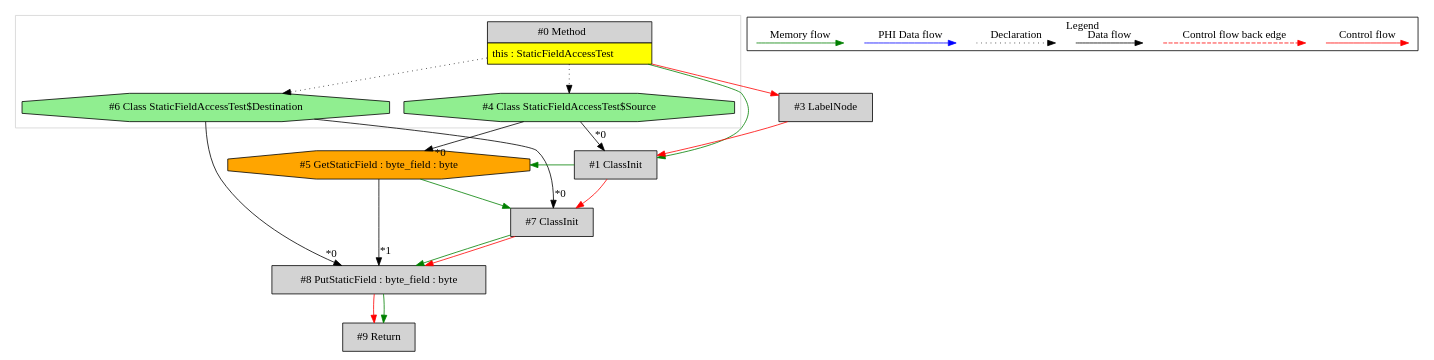
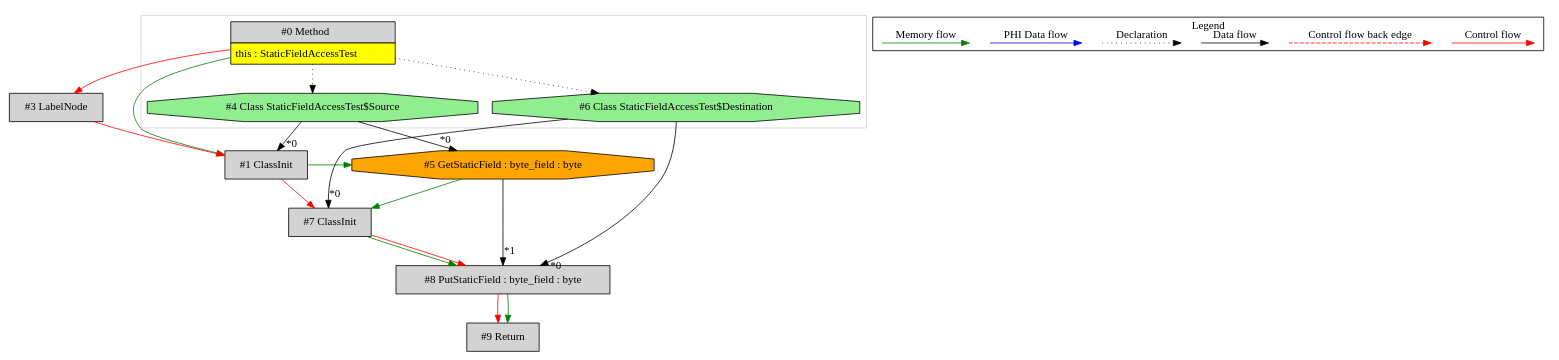
The diagram in de.mirkosertic.metair.ir.examples.StaticFieldAccessTest/copy_byte/ir.dot (mirkosertic/MetaIR), drawn with Graphviz before and after one commit. The commit also changed other lines of this file and 65 other files, not shown here.

```diff
--- a/de.mirkosertic.metair.ir.examples.StaticFieldAccessTest/copy_byte/ir.dot
+++ b/de.mirkosertic.metair.ir.examples.StaticFieldAccessTest/copy_byte/ir.dot
@@ -1,60 +1,60 @@
 digraph {
  node0[margin="0", label=<<table border="0" cellborder="1" cellspacing="0" cellpadding="5"><tr><td colspan="1">#0 Method</td></tr><tr><td port="prj2" bgcolor="yellow">this : StaticFieldAccessTest</td></tr></table>>,shape=none, fillcolor=lightgrey, style=filled];
- node6[label="#6 Class StaticFieldAccessTest$Destination",shape=octagon, fillcolor=lightgreen, style=filled];
- node0 -> node6[style=dotted];
- node8[label="#8 PutStaticField : byte_field : byte",shape=box, fillcolor=lightgrey, style=filled];
- node6 -> node8[headlabel="*0", labeldistance=2];
- node5 -> node8[headlabel="*1", labeldistance=2];
- node7 -> node8[labeldistance=2, color=green, constraint=false];
- node7 -> node8[labeldistance=2, color=red, fontcolor=red];
- node7[label="#7 ClassInit",shape=box, fillcolor=lightgrey, style=filled];
- node6 -> node7[headlabel="*0", labeldistance=2];
- node5 -> node7[labeldistance=2, color=green, constraint=false];
- node1 -> node7[labeldistance=2, color=red, fontcolor=red];
  node1[label="#1 ClassInit",shape=box, fillcolor=lightgrey, style=filled];
  node4 -> node1[headlabel="*0", labeldistance=2];
  node0 -> node1[labeldistance=2, color=green, constraint=false];
  node3 -> node1[labeldistance=2, color=red, fontcolor=red];
  node3[label="#3 LabelNode",shape=box, fillcolor=lightgrey, style=filled];
  node0 -> node3[labeldistance=2, color=red, fontcolor=red];
  node4[label="#4 Class StaticFieldAccessTest$Source",shape=octagon, fillcolor=lightgreen, style=filled];
  node0 -> node4[style=dotted];
  node5[label="#5 GetStaticField : byte_field : byte",shape=octagon, fillcolor=orange, style=filled];
  node4 -> node5[headlabel="*0", labeldistance=2];
  node1 -> node5[labeldistance=2, color=green, constraint=false];
+ node8[label="#8 PutStaticField : byte_field : byte",shape=box, fillcolor=lightgrey, style=filled];
+ node6 -> node8[headlabel="*0", labeldistance=2];
+ node5 -> node8[headlabel="*1", labeldistance=2];
+ node7 -> node8[labeldistance=2, color=green, constraint=false];
+ node7 -> node8[labeldistance=2, color=red, fontcolor=red];
+ node7[label="#7 ClassInit",shape=box, fillcolor=lightgrey, style=filled];
+ node6 -> node7[headlabel="*0", labeldistance=2];
+ node5 -> node7[labeldistance=2, color=green, constraint=false];
+ node1 -> node7[labeldistance=2, color=red, fontcolor=red];
+ node6[label="#6 Class StaticFieldAccessTest$Destination",shape=octagon, fillcolor=lightgreen, style=filled];
+ node0 -> node6[style=dotted];
  node9[label="#9 Return",shape=box, fillcolor=lightgrey, style=filled];
  node8 -> node9[labeldistance=2, color=red, fontcolor=red];
  node8 -> node9[labeldistance=2, color=green, constraint=false];
  subgraph cluster_0 {
   color=lightgray;
   node0;
   node4;
   node6;
  }
  subgraph cluster_000 {
   label = "Legend";
   node [shape=point]
   {
    rank=same;
    c0 [style = invis];
    c1 [style = invis];
    c2 [style = invis];
    c3 [style = invis];
    d0 [style = invis];
    d1 [style = invis];
    d2 [style = invis];
    d3 [style = invis];
    d4 [style = invis];
    d5 [style = invis];
    d6 [style = invis];
    d7 [style = invis];
   }
   c0 -> c1 [label="Control flow", style=solid, color=red]
   c2 -> c3 [label="Control flow back edge", style=dashed, color=red]
   d0 -> d1 [label="Data flow"]
   d2 -> d3 [label="Declaration", style=dotted]
   d4 -> d5 [label="PHI Data flow", color=blue]
   d6 -> d7 [label="Memory flow", color=green]
  }
 
 }
```
